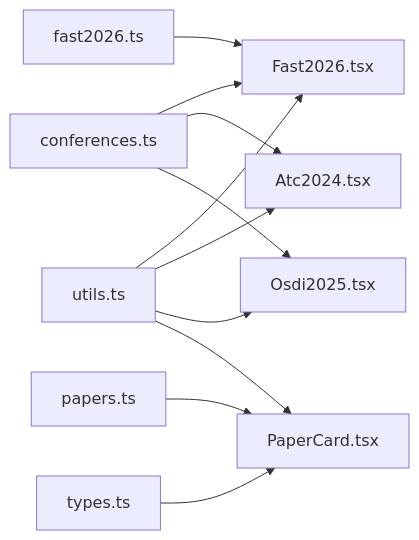
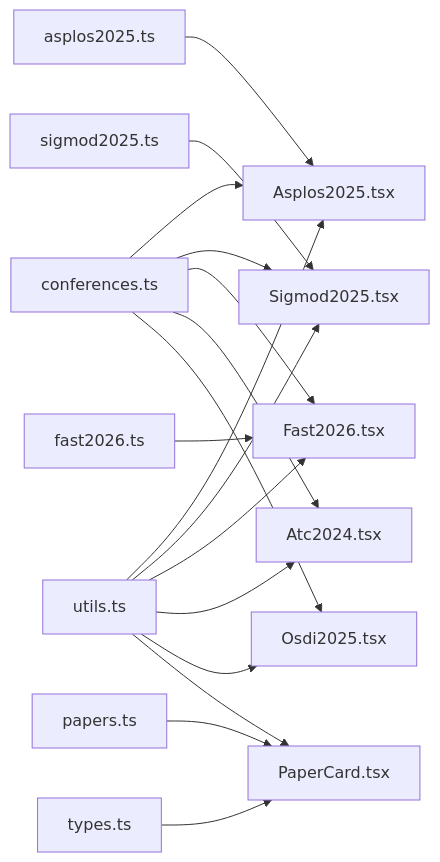
One commit to erikliu123/storage_ai_blog changed the seventh of 7 diagrams in .qoder/repowiki/zh/content/数据模型/会议数据模型.md. Above: the diagram before and after it, drawn with Mermaid. The commit also changed other lines of this file and 84 other files, not shown here.

````diff
--- a/.qoder/repowiki/zh/content/数据模型/会议数据模型.md
+++ b/.qoder/repowiki/zh/content/数据模型/会议数据模型.md
@@ -368,13 +461,19 @@
 ```mermaid
 graph LR
-conferences_ts["conferences.ts"] --> Fast2026_tsx["Fast2026.tsx"]
+conferences_ts["conferences.ts"] --> Asplos2025_tsx["Asplos2025.tsx"]
+conferences_ts --> Sigmod2025_tsx["Sigmod2025.tsx"]
+conferences_ts --> Fast2026_tsx["Fast2026.tsx"]
 conferences_ts --> Atc2024_tsx["Atc2024.tsx"]
 conferences_ts --> Osdi2025_tsx["Osdi2025.tsx"]
+asplos2025_ts["asplos2025.ts"] --> Asplos2025_tsx
+sigmod2025_ts["sigmod2025.ts"] --> Sigmod2025_tsx
 fast2026_ts["fast2026.ts"] --> Fast2026_tsx
 papers_ts["papers.ts"] --> PaperCard_tsx["PaperCard.tsx"]
 types_ts["types.ts"] --> PaperCard_tsx
-utils_ts["utils.ts"] --> Fast2026_tsx
+utils_ts["utils.ts"] --> Asplos2025_tsx
+utils_ts --> Sigmod2025_tsx
+utils_ts --> Fast2026_tsx
 utils_ts --> Atc2024_tsx
 utils_ts --> Osdi2025_tsx
 utils_ts --> PaperCard_tsx
 ```
````
